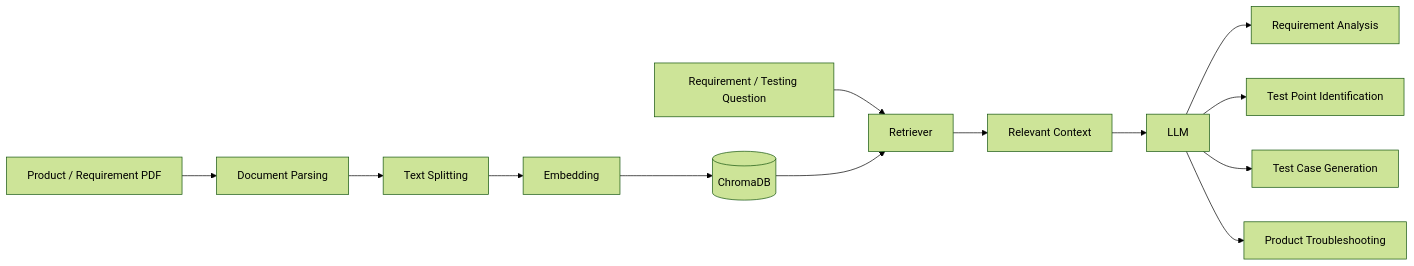
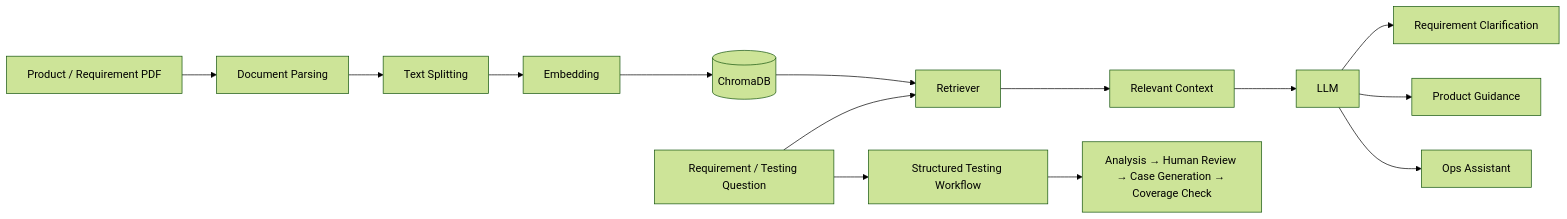
The diagram in README_EN.md (ChiufungLee/AI-Test-Case-Generator), drawn with Mermaid (forest theme) before and after one commit. The commit also changed other lines of this file and 8 other files, not shown here.

First line of the commit message:
docs: README 对齐最新代码并用真实页面重制截图

````diff
--- a/README_EN.md
+++ b/README_EN.md
@@ -64,17 +64,19 @@
 ```mermaid
 flowchart LR
     A[Product / Requirement PDF] --> B[Document Parsing]
     B --> C[Text Splitting]
     C --> D[Embedding]
     D --> E[(ChromaDB)]
 
     F[Requirement / Testing Question] --> G[Retriever]
     E --> G
     G --> H[Relevant Context]
     H --> I[LLM]
 
-    I --> J[Requirement Analysis]
-    I --> K[Test Point Identification]
-    I --> L[Test Case Generation]
-    I --> M[Product Troubleshooting]
+    I --> J[Requirement Clarification]
+    I --> K[Product Guidance]
+    I --> L[Ops Assistant]
+
+    F --> M[Structured Testing Workflow]
+    M --> N[Analysis → Human Review → Case Generation → Coverage Check]
 ```
````
